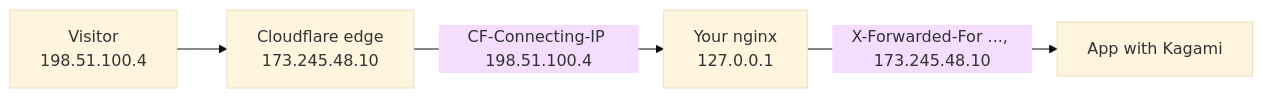
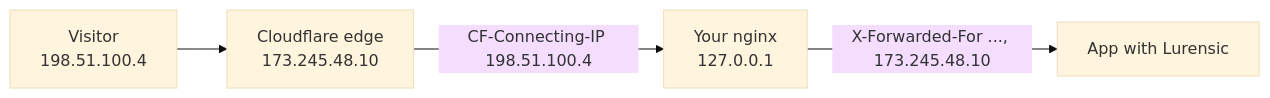
The diagram in docs/guides/behind-a-proxy.md (agenticslabs-xyz/lurensic), drawn with Mermaid (base theme) before and after one commit. The commit also changed other lines of this file and 88 other files, not shown here.

First line of the commit message:
Rename Kagami to Lurensic (#8)

````diff
--- a/docs/guides/behind-a-proxy.md
+++ b/docs/guides/behind-a-proxy.md
@@ -10,6 +10,6 @@
 ```mermaid
 flowchart LR
     V["Visitor<br/>198.51.100.4"] --> CF["Cloudflare edge<br/>173.245.48.10"]
     CF -->|"CF-Connecting-IP 198.51.100.4"| NG["Your nginx<br/>127.0.0.1"]
-    NG -->|"X-Forwarded-For ..., 173.245.48.10"| APP["App with Kagami"]
+    NG -->|"X-Forwarded-For ..., 173.245.48.10"| APP["App with Lurensic"]
 ```
````
